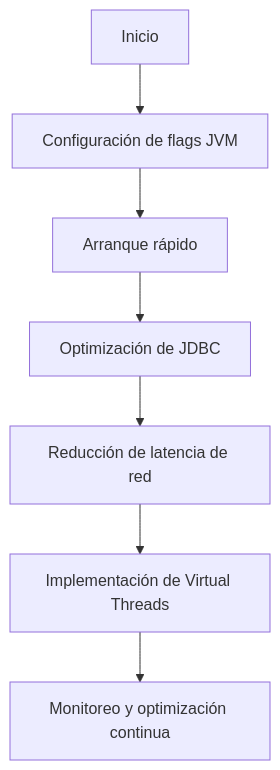
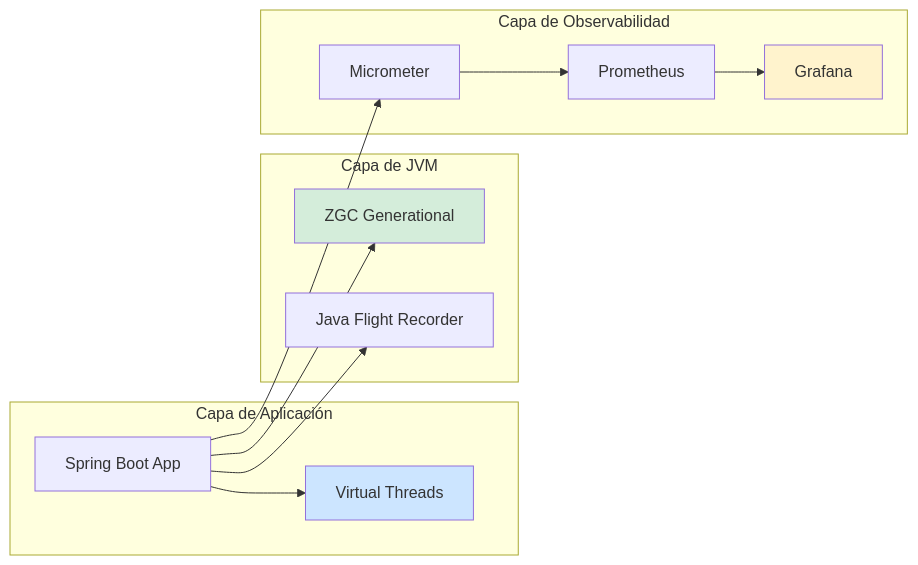
Before and after one commit to Joaquinriosheredia/DAM-Java-Mastery: the second of 3 diagrams in _Review/spring_boot_performance_tuning_en_produccion/spring_boot_performance_tuning_en_produccion.md, drawn with Mermaid. The commit also changed other lines of this file, not shown here.

Commit message:
spring_boot_performance_tuning_en_produccion.md

````diff
--- a/_Review/spring_boot_performance_tuning_en_produccion/spring_boot_performance_tuning_en_produccion.md
+++ b/_Review/spring_boot_performance_tuning_en_produccion/spring_boot_performance_tuning_en_produccion.md
@@ -459,9 +146,29 @@
 ```mermaid
-graph TD
-    A[Inicio] --> B1[Configuración de flags JVM]
-    B1 --> C[Arranque rápido]
-    C --> D1[Optimización de JDBC]
-    D1 --> E[Reducción de latencia de red]
-    E --> F[Implementación de Virtual Threads]
-    F --> G[Monitoreo y optimización continua]
+graph LR
+    subgraph "Capa de Aplicación"
+        APP[Spring Boot App]
+        VT[Virtual Threads]
+    end
+    
+    subgraph "Capa de JVM"
+        ZGC[ZGC Generational]
+        JFR[Java Flight Recorder]
+    end
+    
+    subgraph "Capa de Observabilidad"
+        MICRO[Micrometer]
+        PROM[Prometheus]
+        GRAF[Grafana]
+    end
+    
+    APP --> VT
+    APP --> ZGC
+    APP --> JFR
+    APP --> MICRO
+    MICRO --> PROM
+    PROM --> GRAF
+    
+    style ZGC fill:#d4edda
+    style VT fill:#cce5ff
+    style GRAF fill:#fff3cd
 ```
````
